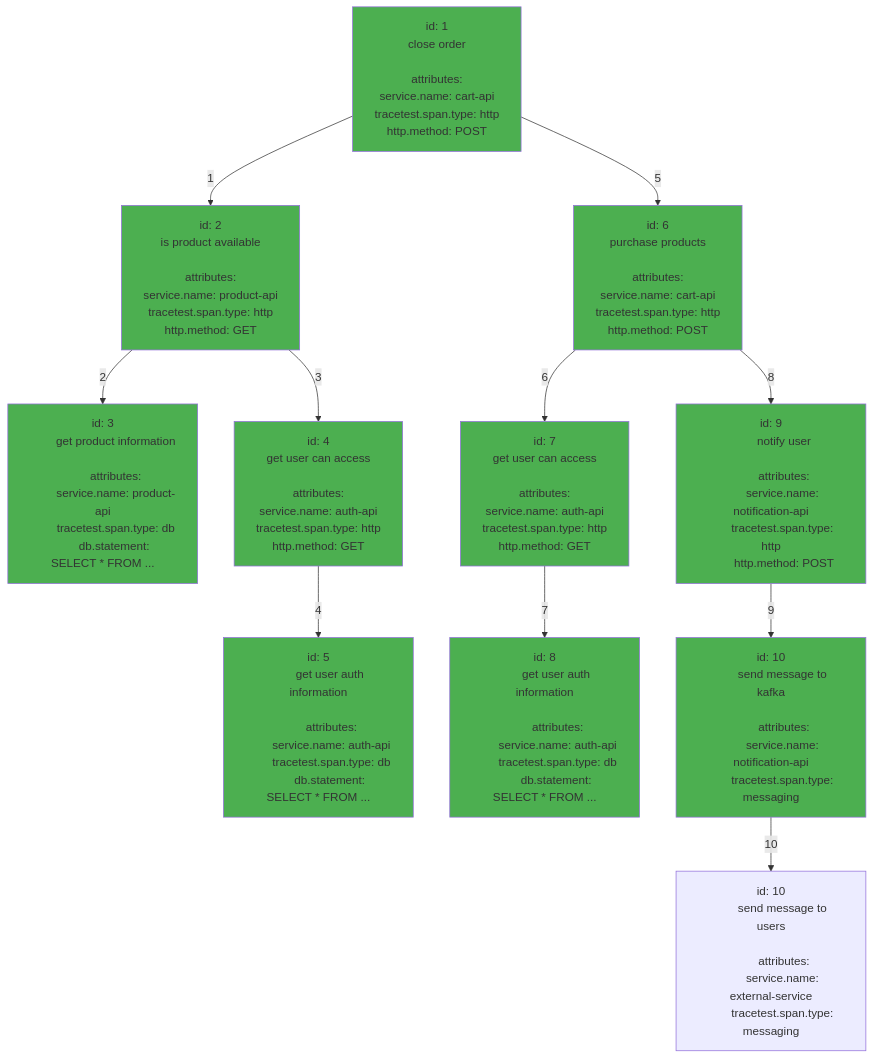
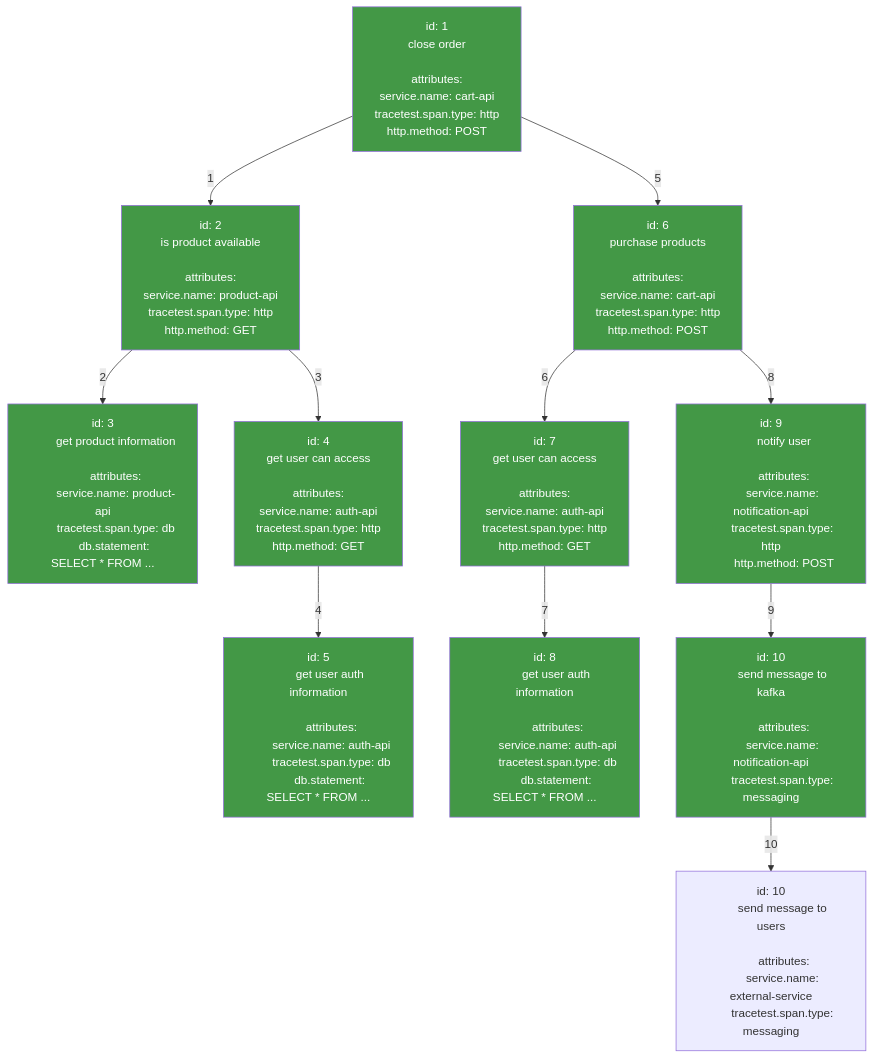
The sixth of 12 diagrams in docs/advanced-selectors.md (kubeshop/tracetest), drawn with Mermaid before and after one commit. The commit also changed other lines of this file, not shown here.

````diff
--- a/docs/advanced-selectors.md
+++ b/docs/advanced-selectors.md
@@ -628,5 +631,6 @@
     I:::selectedSpan
     J:::selectedSpan
 
-    classDef selectedSpan fill:#4CAF50
+    classDef selectedSpan fill:#439846, color:#ffffff
+    classDef candidateSpan fill:#FF6905, color:#ffffff
 ```
````
